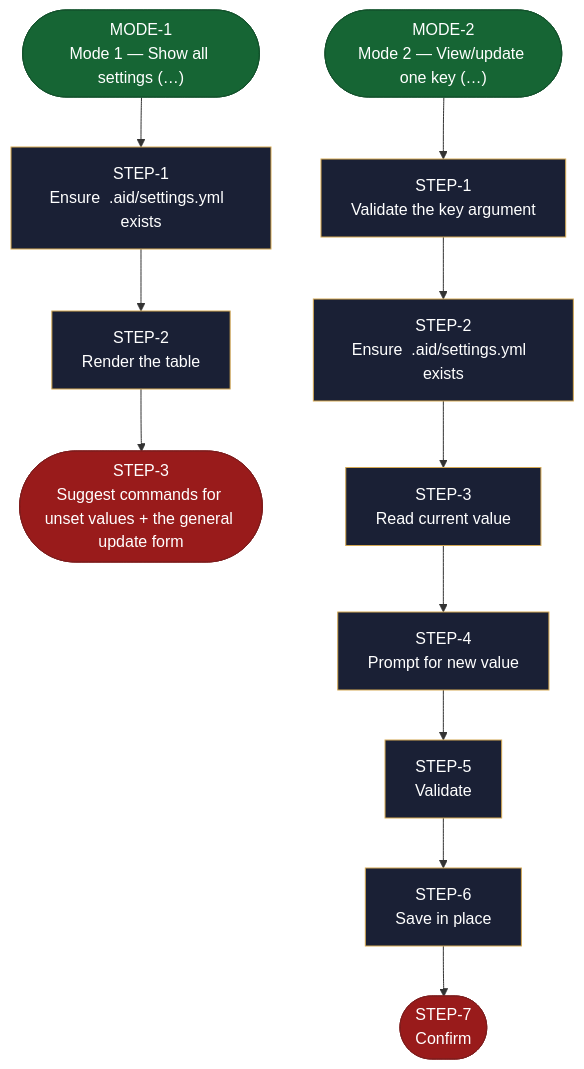
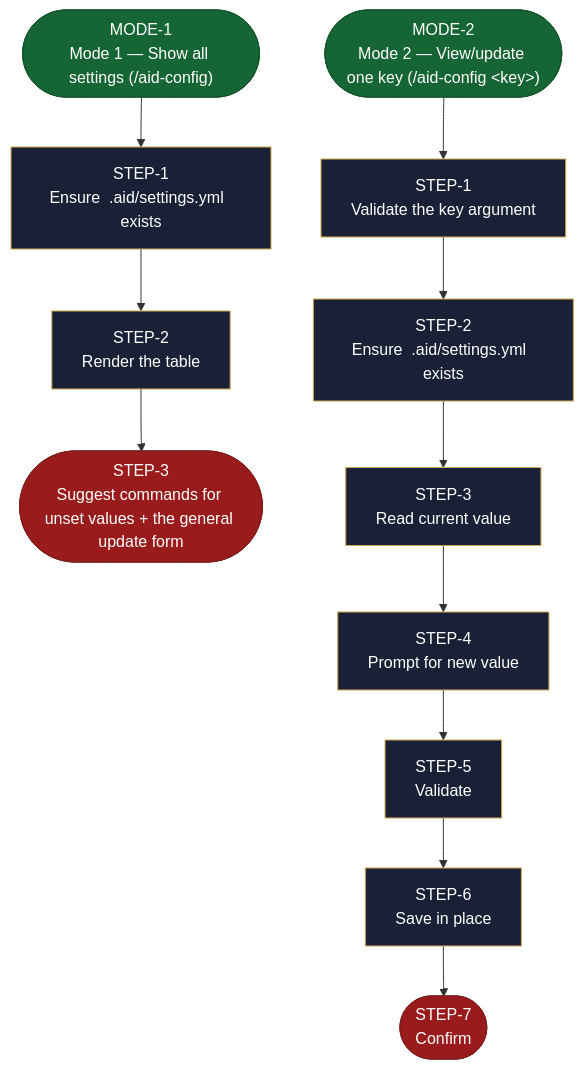
Before and after one commit to AndreVianna/aid-methodology: the diagram in site/src/content/docs/skills/aid-config.md, drawn with Mermaid. The commit also changed 15 other files, not shown here.

````diff
--- a/site/src/content/docs/skills/aid-config.md
+++ b/site/src/content/docs/skills/aid-config.md
@@ -22,55 +22,55 @@
 ```mermaid
 flowchart TB
   classDef aidNode color:#fff
   classDef aidEntry fill:#166534,stroke:#14532d,color:#fff
   classDef aidExit fill:#991b1b,stroke:#7f1d1d,color:#fff
   classDef aidDecision fill:#92400e,stroke:#78350f,color:#fff
   classDef aidLoopBack fill:#1e3a8a,stroke:#1e3a8a,color:#fff
   classDef aidStep fill:#1a2035,stroke:#d4a853,color:#f1f5f9
-  n1(["MODE-1<br/>Mode 1 — Show all settings (…)"])
+  n1(["MODE-1<br/>Mode 1 — Show all settings (/aid-config)"])
   n2["STEP-1<br/>Ensure  .aid/settings.yml  exists"]
   n3["STEP-2<br/>Render the table"]
   n4(["STEP-3<br/>Suggest commands for unset values + the general update form"])
-  n5(["MODE-2<br/>Mode 2 — View/update one key (…)"])
+  n5(["MODE-2<br/>Mode 2 — View/update one key (/aid-config &lt;key&gt;)"])
   n6["STEP-1<br/>Validate the key argument"]
   n7["STEP-2<br/>Ensure  .aid/settings.yml  exists"]
   n8["STEP-3<br/>Read current value"]
   n9["STEP-4<br/>Prompt for new value"]
   n10["STEP-5<br/>Validate"]
   n11["STEP-6<br/>Save in place"]
   n12(["STEP-7<br/>Confirm"])
   n1 --> n2
   n2 --> n3
   n3 --> n4
   n5 --> n6
   n6 --> n7
   n7 --> n8
   n8 --> n9
   n9 --> n10
   n10 --> n11
   n11 --> n12
   class n1 aidEntry
   class n2 aidStep
   class n3 aidStep
   class n4 aidExit
   class n5 aidEntry
   class n6 aidStep
   class n7 aidStep
   class n8 aidStep
   class n9 aidStep
   class n10 aidStep
   class n11 aidStep
   class n12 aidExit
   class n1 aidNode
   class n2 aidNode
   class n3 aidNode
   class n4 aidNode
   class n5 aidNode
   class n6 aidNode
   class n7 aidNode
   class n8 aidNode
   class n9 aidNode
   class n10 aidNode
   class n11 aidNode
   class n12 aidNode
 ```
````
